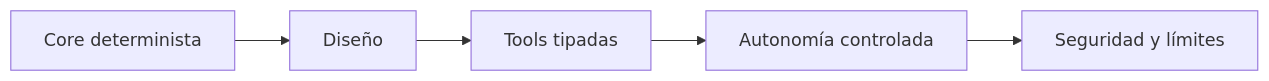
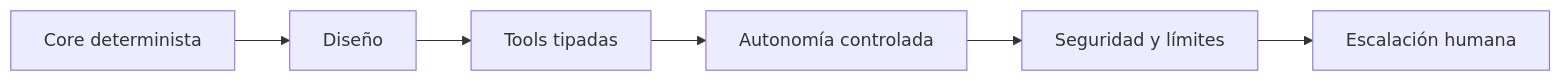
The diagram in docs/presentation_structure.md (aldoapicella/utp-schedule-agent-lab), drawn with Mermaid before and after one commit. The commit also changed other lines of this file and 20 other files, not shown here.

````diff
--- a/docs/presentation_structure.md
+++ b/docs/presentation_structure.md
@@ -20,7 +20,8 @@
 ```mermaid
 flowchart LR
   A["Core determinista"] --> B["Diseño"]
   B --> C["Tools tipadas"]
   C --> D["Autonomía controlada"]
   D --> E["Seguridad y límites"]
+  E --> F["Escalación humana"]
 ```
````
